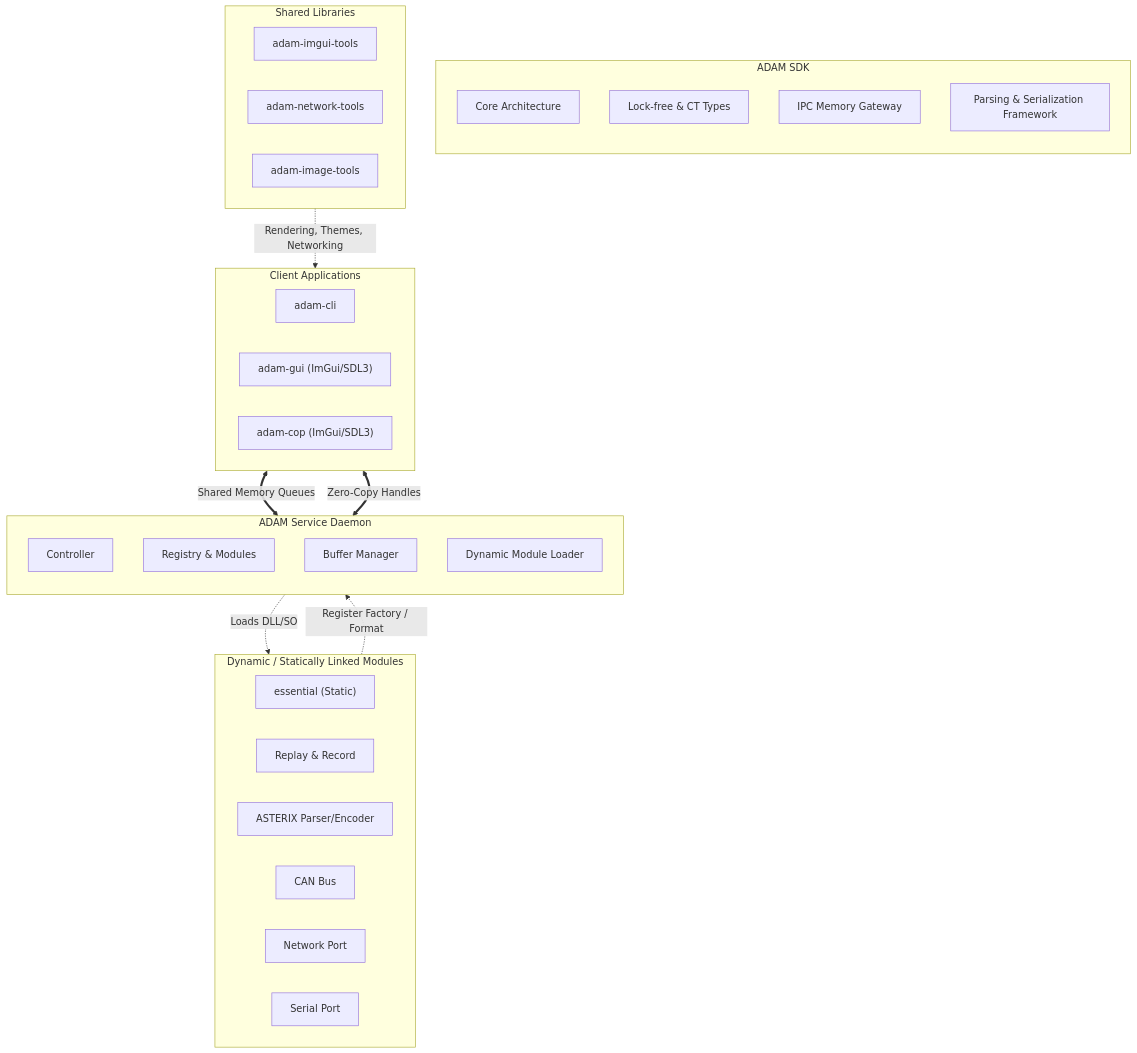
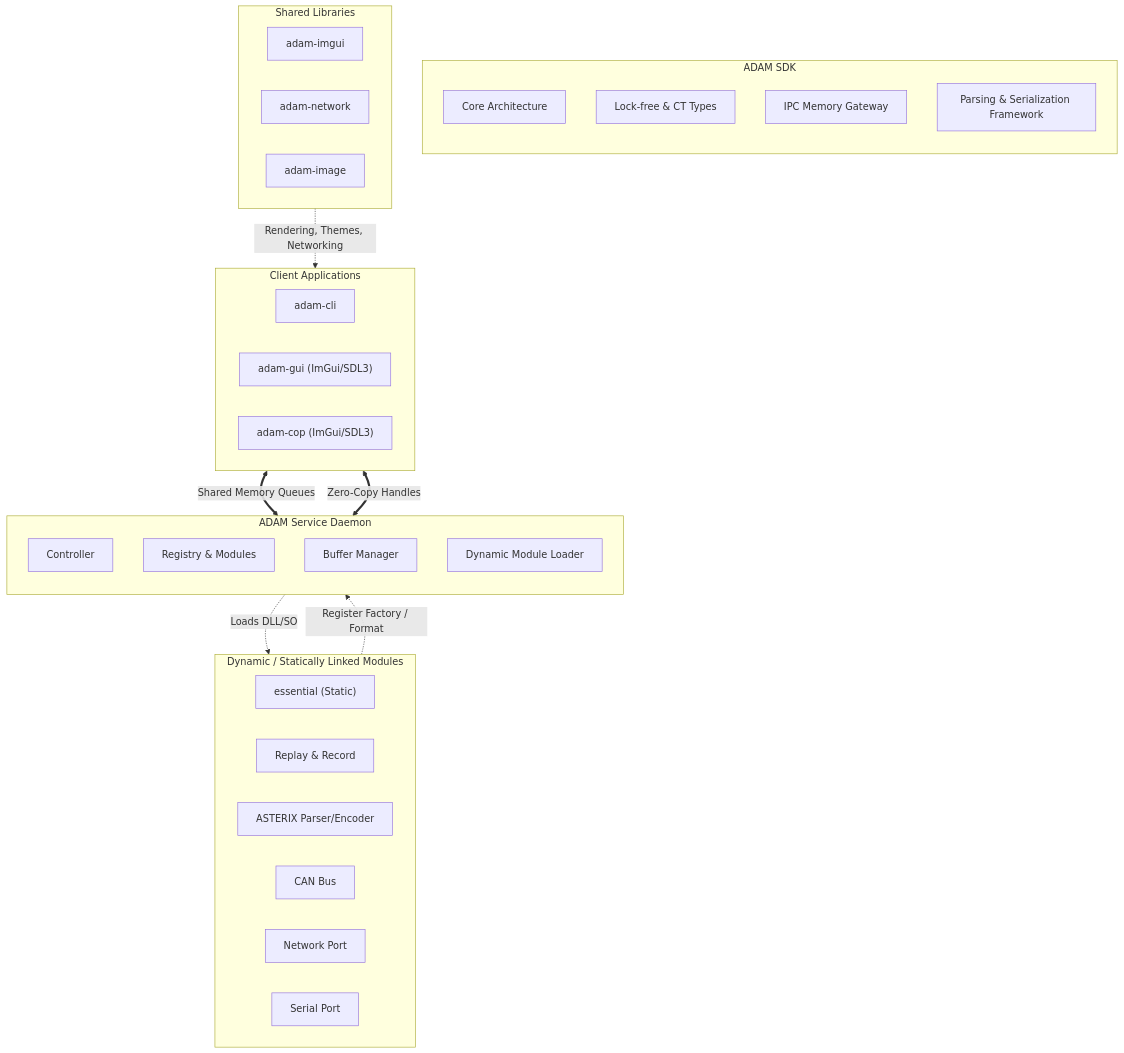
The first of 4 diagrams in README.md (dexus1337/adam), drawn with Mermaid before and after one commit. The commit also changed other lines of this file and 36 other files, not shown here.

````diff
--- a/README.md
+++ b/README.md
@@ -17,49 +17,49 @@
 ```mermaid
 graph TD
     subgraph SDK["ADAM SDK"]
         direction TB
         Core[Core Architecture]
         Types[Lock-free & CT Types]
         Mem[IPC Memory Gateway]
         ParseFrame[Parsing & Serialization Framework]
     end
 
     subgraph Libraries["Shared Libraries"]
         direction LR
-        imgui_tools["adam-imgui-tools"]
-        network_tools["adam-network-tools"]
-        image_tools["adam-image-tools"]
+        imgui_tools["adam-imgui"]
+        network_tools["adam-network"]
+        image_tools["adam-image"]
     end
 
     subgraph CoreService["ADAM Service Daemon"]
         direction TB
         Ctrl[Controller]
         Reg[Registry & Modules]
         BufMgr[Buffer Manager]
         Loader[Dynamic Module Loader]
     end
 
     subgraph Plugins["Dynamic / Statically Linked Modules"]
         direction LR
         essential["essential (Static)"]
         recrep["Replay & Record"]
         asterix["ASTERIX Parser/Encoder"]
         can["CAN Bus"]
         network["Network Port"]
         serial["Serial Port"]
     end
 
     subgraph Clients["Client Applications"]
         direction LR
         cli[adam-cli]
         gui["adam-gui (ImGui/SDL3)"]
         cop["adam-cop (ImGui/SDL3)"]
     end
 
     %% Communications
     Clients <==>|Shared Memory Queues| Ctrl
     Loader -.->|Loads DLL/SO| Plugins
     Plugins -.->|Register Factory / Format| Reg
     BufMgr <==>|Zero-Copy Handles| Clients
     Libraries -.->|Rendering, Themes, Networking| Clients
 ```
````
